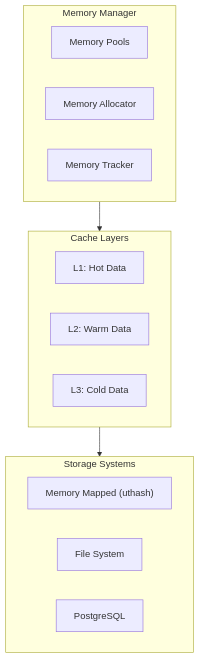
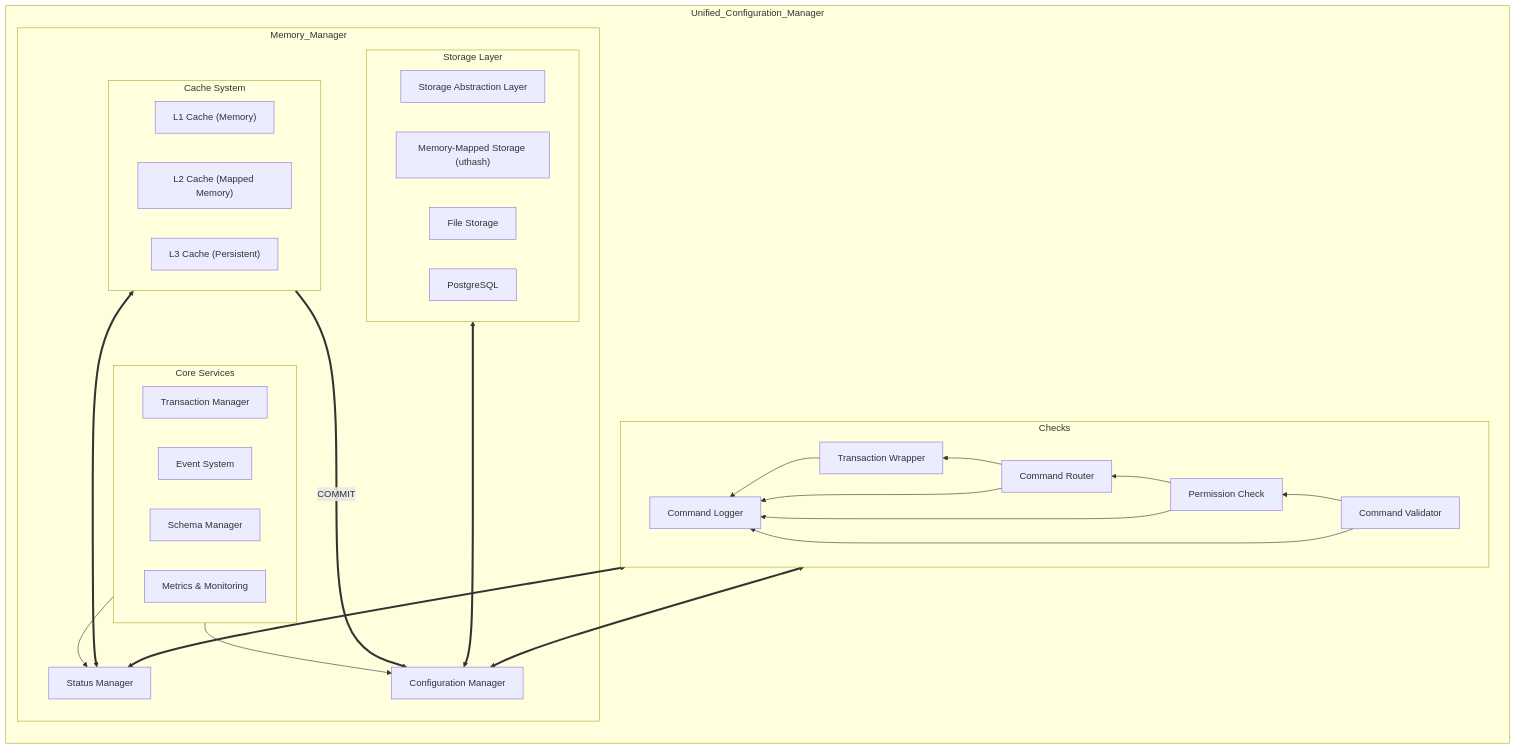
One commit to hazem3443/Mem_mgnt_interface changed the fifth of 6 diagrams in Docs/Design_Docs/HighLvl_Design.md. Above: the diagram before and after it, drawn with Mermaid. The commit also changed other lines of this file, not shown here.

Commit message:
Refactor Memory Management Architecture: Enhance diagram structure and clarity by integrating Unified Configuration Manager and Cache System components

````diff
--- a/Docs/Design_Docs/HighLvl_Design.md
+++ b/Docs/Design_Docs/HighLvl_Design.md
@@ -143,23 +143,48 @@
 ```mermaid
-flowchart TB
-    subgraph MM["Memory Manager"]
-        MP["Memory Pools"]
-        MA["Memory Allocator"]
-        MT["Memory Tracker"]
+flowchart BT
+    subgraph Unified_Configuration_Manager
+        subgraph Checks
+            direction RL
+            VAL["Command Validator"] -->
+            PERM["Permission Check"] -->
+            ROUTE["Command Router"] -->
+            TRANS["Transaction Wrapper"] -->
+            LOG["Command Logger"]
+        end
+        VAL --> LOG
+        PERM --> LOG
+        ROUTE --> LOG
+
+        TRANS <==> DSM
+        TRANS <==> CFGM
+
+        subgraph Memory_Manager
+            DSM["Status Manager"]
+            CFGM["Configuration Manager"]
+
+            subgraph Core["Core Services"]
+                TX["Transaction Manager"]
+                EV["Event System"]
+                SM["Schema Manager"]
+                MT["Metrics & Monitoring"]
+            end
+            Core -->DSM
+            Core --> CFGM
+            subgraph Cache["Cache System"]
+                L1["L1 Cache (Memory)"]
+                L2["L2 Cache (Mapped Memory)"]
+                L3["L3 Cache (Persistent)"]
+            end
+            Cache <===> DSM
+            Cache ==COMMIT==> CFGM
+
+            subgraph Storage["Storage Layer"]
+                SAL["Storage Abstraction Layer"]
+                MMS["Memory-Mapped Storage (uthash)"]
+                FS["File Storage"]
+                PG["PostgreSQL"]
+            end 
+            Storage <===> CFGM
+        end
     end
-    
-    subgraph Cache["Cache Layers"]
-        L1["L1: Hot Data"]
-        L2["L2: Warm Data"]
-        L3["L3: Cold Data"]
-    end
-    
-    subgraph Storage["Storage Systems"]
-        MMap["Memory Mapped (uthash)"]
-        File["File System"]
-        DB["PostgreSQL"]
-    end
-    
-    MM --> Cache
-    Cache --> Storage
 ```
````
